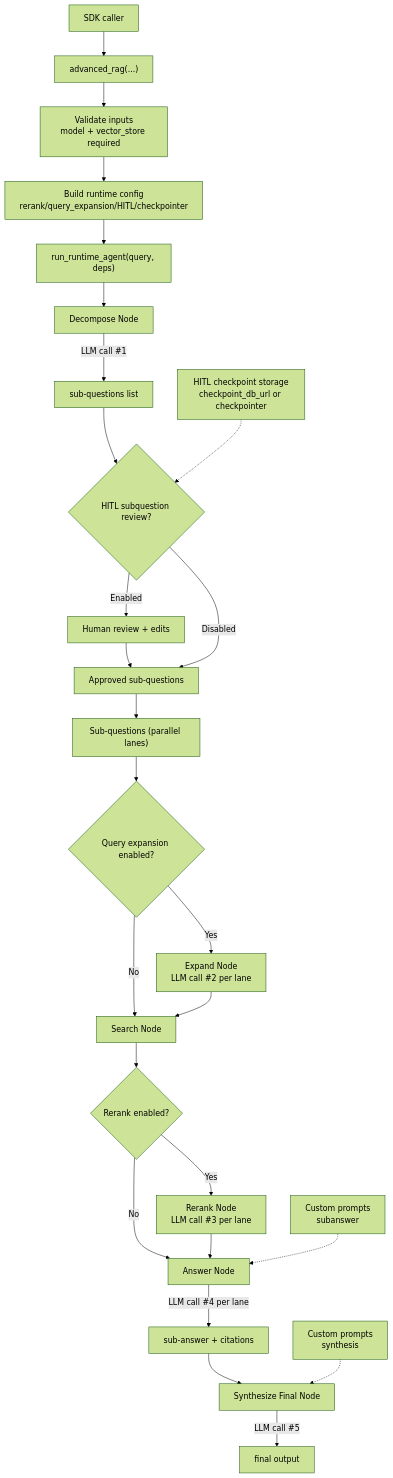
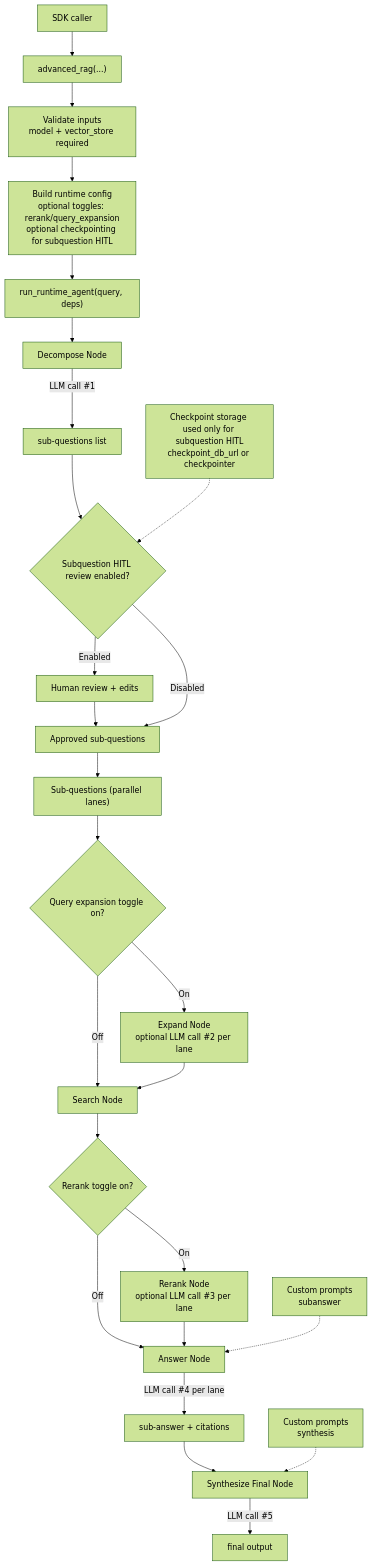
One commit to Nickbohm555/agent-search changed the diagram in README.md. Above: the diagram before and after it, drawn with Mermaid (forest theme).

Commit message:
Clarify README flow toggles and HITL scope

````diff
--- a/README.md
+++ b/README.md
@@ -17,34 +17,34 @@
 ```mermaid
 flowchart TD
     A["SDK caller"] --> B["advanced_rag(...)"]
     B --> C["Validate inputs<br/>model + vector_store required"]
-    C --> D["Build runtime config<br/>rerank/query_expansion/HITL/checkpointer"]
+    C --> D["Build runtime config<br/>optional toggles: rerank/query_expansion<br/>optional checkpointing for subquestion HITL"]
     D --> E["run_runtime_agent(query, deps)"]
     E --> F["Decompose Node"]
     F -->|LLM call #1| G["sub-questions list"]
 
-    G --> HITL{"HITL subquestion review?"}
+    G --> HITL{"Subquestion HITL review enabled?"}
     HITL -->|Enabled| H["Human review + edits"]
     H --> GOK["Approved sub-questions"]
     HITL -->|Disabled| GOK
 
     GOK --> SQ["Sub-questions (parallel lanes)"]
 
-    SQ --> QE{"Query expansion enabled?"}
-    QE -->|Yes| EX["Expand Node<br/>LLM call #2 per lane"]
-    QE -->|No| SR["Search Node"]
+    SQ --> QE{"Query expansion toggle on?"}
+    QE -->|On| EX["Expand Node<br/>optional LLM call #2 per lane"]
+    QE -->|Off| SR["Search Node"]
     EX --> SR
 
-    SR --> RERANK{"Rerank enabled?"}
-    RERANK -->|Yes| RR["Rerank Node<br/>LLM call #3 per lane"]
-    RERANK -->|No| AN["Answer Node"]
+    SR --> RERANK{"Rerank toggle on?"}
+    RERANK -->|On| RR["Rerank Node<br/>optional LLM call #3 per lane"]
+    RERANK -->|Off| AN["Answer Node"]
     RR --> AN
 
     CP1["Custom prompts<br/>subanswer"] -.-> AN
     AN -->|LLM call #4 per lane| SA["sub-answer + citations"]
     SA --> SYN["Synthesize Final Node"]
     CP2["Custom prompts<br/>synthesis"] -.-> SYN
     SYN -->|LLM call #5| OUT["final output"]
 
-    DB["HITL checkpoint storage<br/>checkpoint_db_url or checkpointer"] -.-> HITL
+    DB["Checkpoint storage used only for subquestion HITL<br/>checkpoint_db_url or checkpointer"] -.-> HITL
 ```
````
